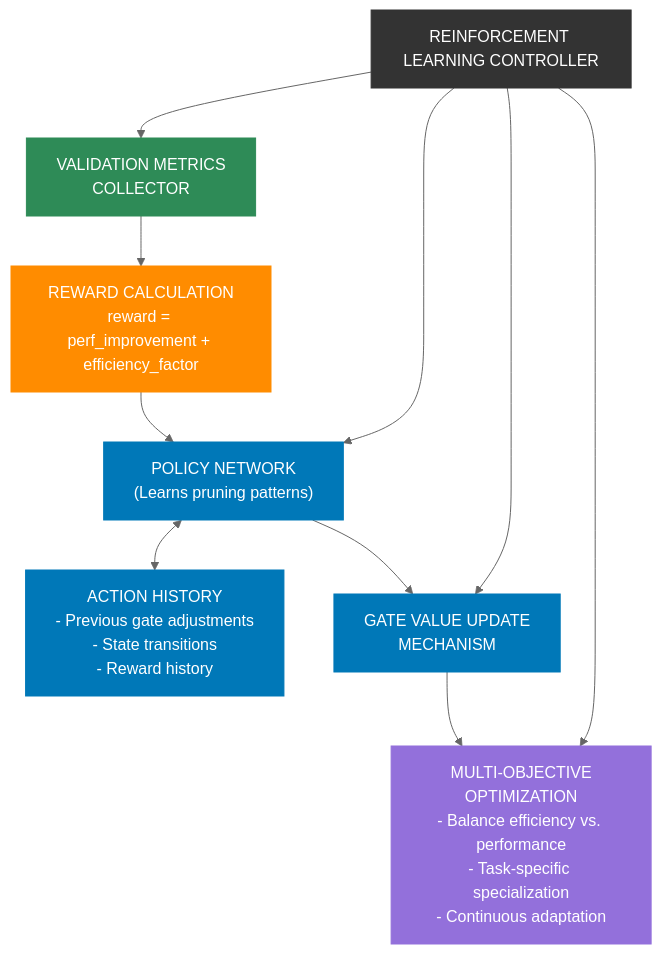
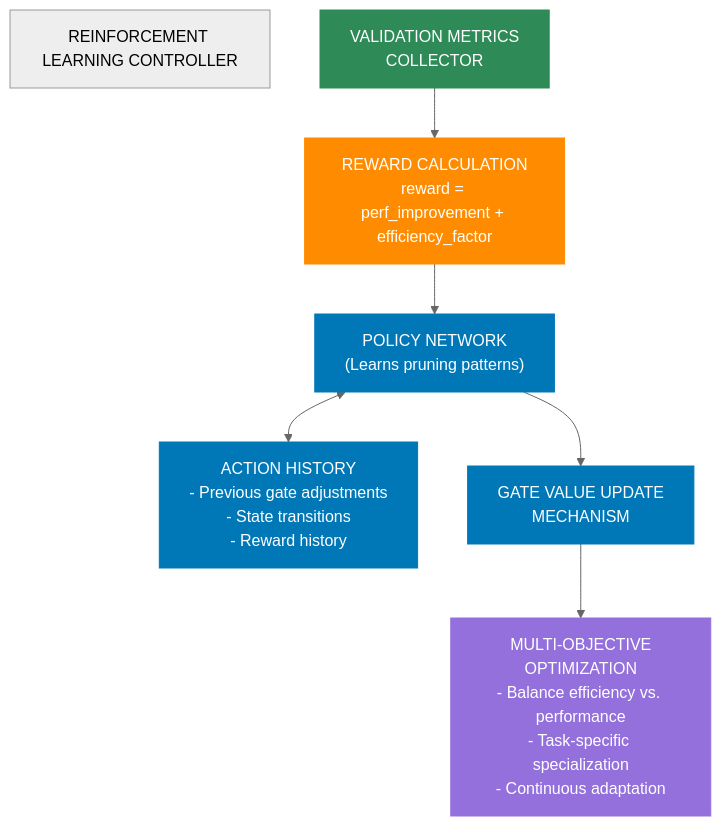
One commit to CambrianTech/sentinel-ai changed the fifth of 6 diagrams in README.md. Above: the diagram before and after it, drawn with Mermaid (neutral theme). The commit also changed other lines of this file, not shown here.

First line of the commit message:
Fix chart title nodes in all diagrams

````diff
--- a/README.md
+++ b/README.md
@@ -481,35 +477,34 @@
 ```mermaid
 flowchart TD
     classDef standard fill:#333,stroke:#333,stroke-width:1px,color:#fff
     classDef metrics fill:#2e8b57,stroke:#2e8b57,stroke-width:1px,color:#fff
     classDef reward fill:#ff8c00,stroke:#ff8c00,stroke-width:1px,color:#fff
     classDef policy fill:#0078b8,stroke:#0078b8,stroke-width:1px,color:#fff
     classDef optimization fill:#9370db,stroke:#9370db,stroke-width:1px,color:#fff
     
     %% Main Components
-    title["REINFORCEMENT LEARNING CONTROLLER"]
+    header["REINFORCEMENT LEARNING CONTROLLER"]
     metrics["VALIDATION METRICS<br/>COLLECTOR"]
     reward["REWARD CALCULATION<br/>reward = perf_improvement + efficiency_factor"]
     policy["POLICY NETWORK<br/>(Learns pruning patterns)"]
     history["ACTION HISTORY<br/>- Previous gate adjustments<br/>- State transitions<br/>- Reward history"]
     update["GATE VALUE UPDATE<br/>MECHANISM"]
     optimization["MULTI-OBJECTIVE<br/>OPTIMIZATION<br/>- Balance efficiency vs. performance<br/>- Task-specific specialization<br/>- Continuous adaptation"]
     
     %% Connections
-    title --> metrics & policy & update & optimization
-    
+        
     metrics --> reward
     reward --> policy
     policy <--> history
     policy --> update
     update --> optimization
     
     %% Styling
-    title:::standard
+    header:::header
     metrics:::metrics
     reward:::reward
     policy:::policy
     history:::policy
     update:::policy
     optimization:::optimization
 ```
````
